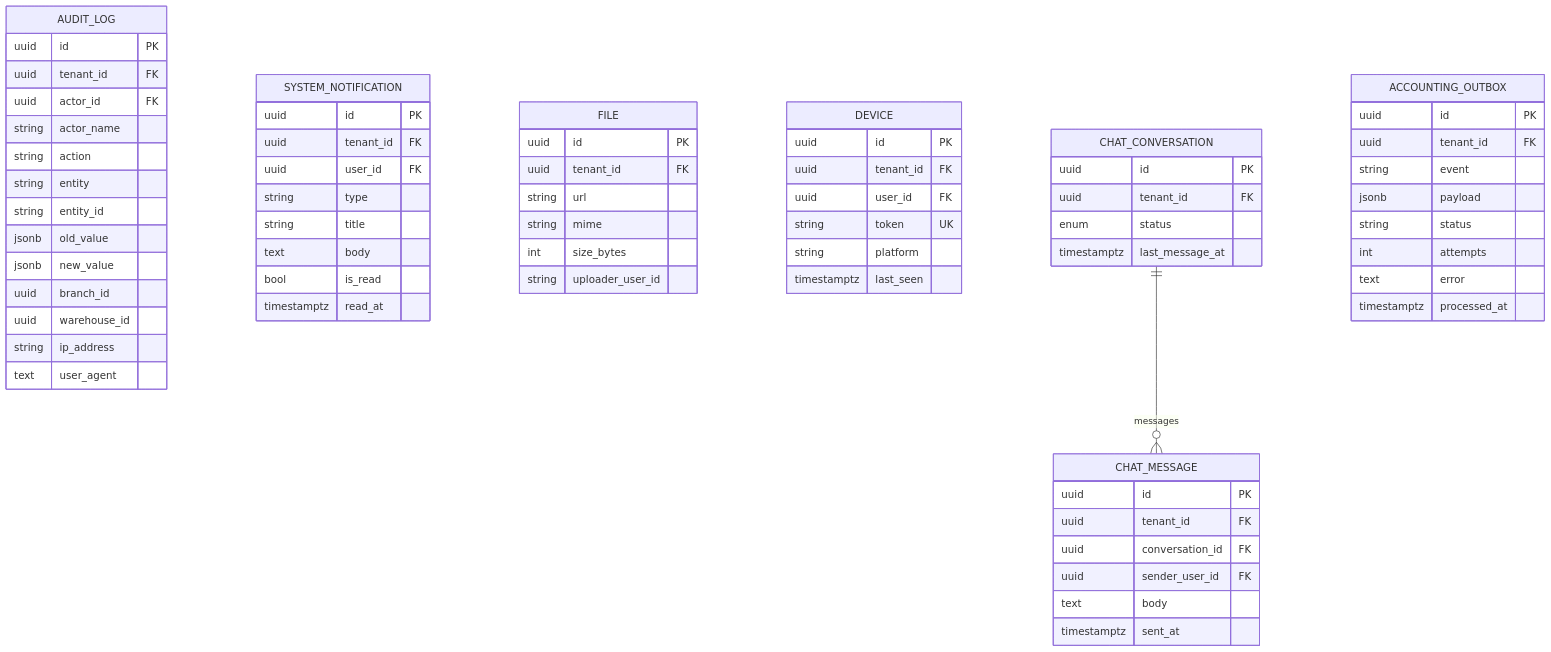
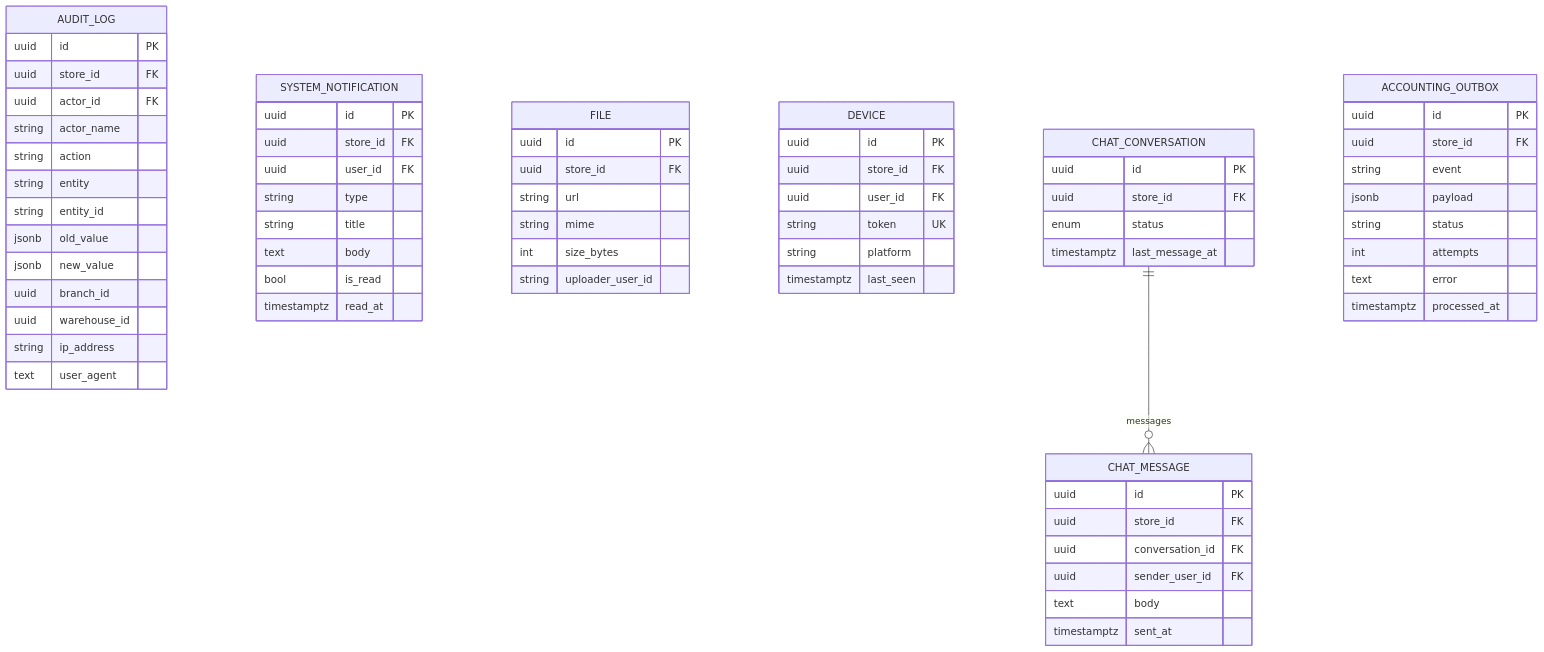
Diagram 14 of 14 in doc/system-design/erp_master_database_design.md (gowtamkumar/eCommerce-multi-store-saas-erp), drawn with Mermaid before and after one commit. The commit also changed other lines of this file and 764 other files, not shown here.

````diff
--- a/doc/system-design/erp_master_database_design.md
+++ b/doc/system-design/erp_master_database_design.md
@@ -1307,70 +1307,70 @@
 ```mermaid
 erDiagram
   AUDIT_LOG {
     uuid id PK
-    uuid tenant_id FK
+    uuid store_id FK
     uuid actor_id FK
     string actor_name
     string action
     string entity
     string entity_id
     jsonb old_value
     jsonb new_value
     uuid branch_id
     uuid warehouse_id
     string ip_address
     text user_agent
   }
   SYSTEM_NOTIFICATION {
     uuid id PK
-    uuid tenant_id FK
+    uuid store_id FK
     uuid user_id FK
     string type
     string title
     text body
     bool is_read
     timestamptz read_at
   }
   FILE {
     uuid id PK
-    uuid tenant_id FK
+    uuid store_id FK
     string url
     string mime
     int size_bytes
     string uploader_user_id
   }
   DEVICE {
     uuid id PK
-    uuid tenant_id FK
+    uuid store_id FK
     uuid user_id FK
     string token UK
     string platform
     timestamptz last_seen
   }
   CHAT_CONVERSATION {
     uuid id PK
-    uuid tenant_id FK
+    uuid store_id FK
     enum status
     timestamptz last_message_at
   }
   CHAT_MESSAGE {
     uuid id PK
-    uuid tenant_id FK
+    uuid store_id FK
     uuid conversation_id FK
     uuid sender_user_id FK
     text body
     timestamptz sent_at
   }
   ACCOUNTING_OUTBOX {
     uuid id PK
-    uuid tenant_id FK
+    uuid store_id FK
     string event
     jsonb payload
     string status
     int attempts
     text error
     timestamptz processed_at
   }
 
   CHAT_CONVERSATION ||--o{ CHAT_MESSAGE       : "messages"
 ```
````
